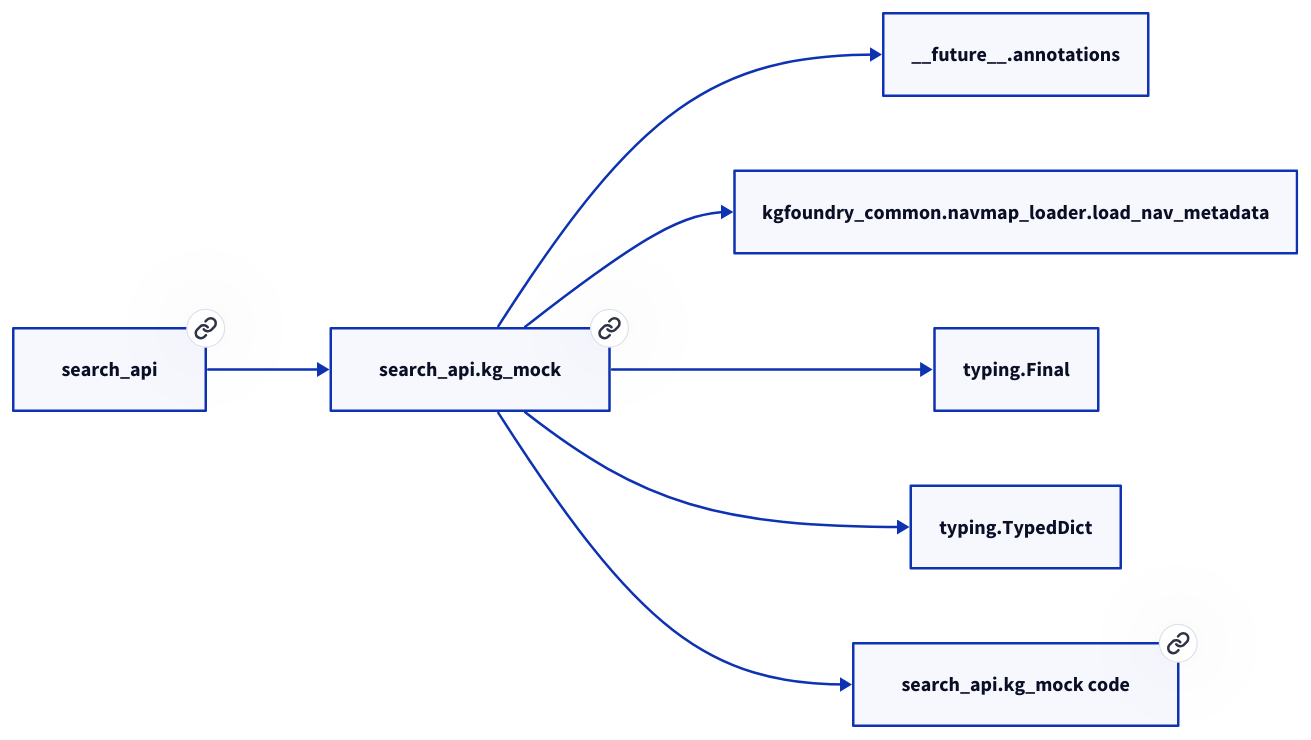
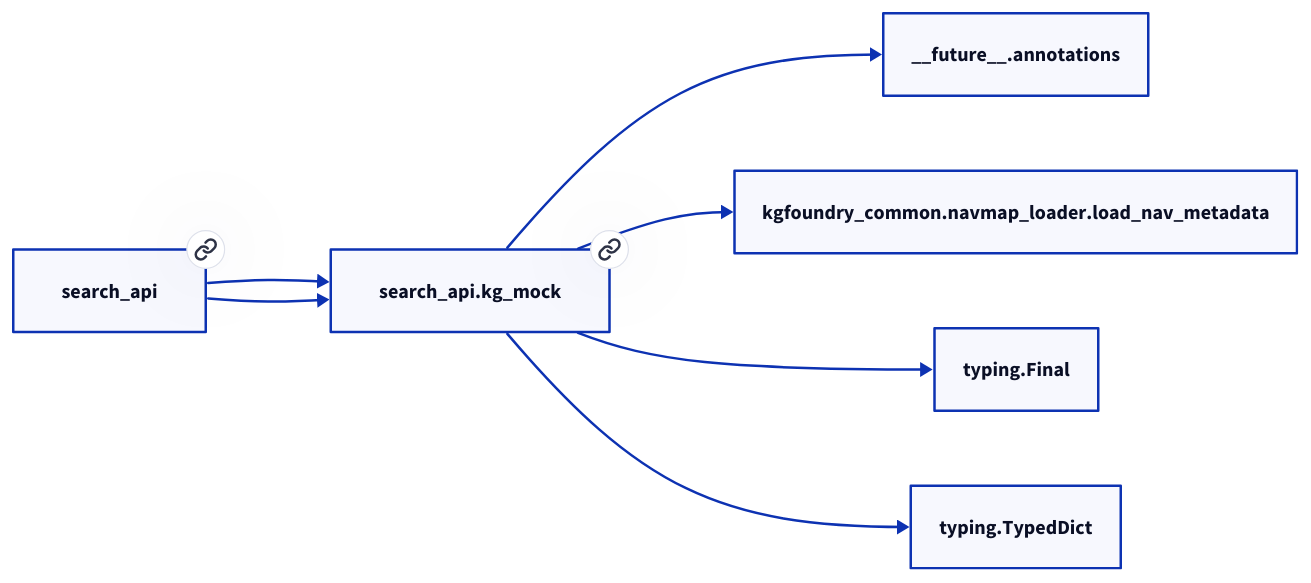
The second of 2 diagrams in docs/modules/search_api/kg_mock.md (paul-heyse/kgforge), drawn with D2 before and after one commit. The commit also changed other lines of this file and 208 other files, not shown here.

````diff
--- a/docs/modules/search_api/kg_mock.md
+++ b/docs/modules/search_api/kg_mock.md
@@ -55,16 +59,15 @@
 ```d2
 direction: right
-"search_api.kg_mock": "search_api.kg_mock" { link: "./search_api/kg_mock.md" }
+"search_api.kg_mock": "search_api.kg_mock" { link: "https://github.com/paul-heyse/kgfoundry/blob/main/src/search_api/kg_mock.py" }
 "__future__.annotations": "__future__.annotations"
 "search_api.kg_mock" -> "__future__.annotations"
 "kgfoundry_common.navmap_loader.load_nav_metadata": "kgfoundry_common.navmap_loader.load_nav_metadata"
 "search_api.kg_mock" -> "kgfoundry_common.navmap_loader.load_nav_metadata"
 "typing.Final": "typing.Final"
 "search_api.kg_mock" -> "typing.Final"
 "typing.TypedDict": "typing.TypedDict"
 "search_api.kg_mock" -> "typing.TypedDict"
-"search_api": "search_api" { link: "./search_api.md" }
+"search_api": "search_api" { link: "https://github.com/paul-heyse/kgfoundry/blob/main/src/search_api/__init__.py" }
 "search_api" -> "search_api.kg_mock"
-"search_api.kg_mock_code": "search_api.kg_mock code" { link: "https://github.com/kgfoundry/kgfoundry/blob/main/src/search_api/kg_mock.py" }
-"search_api.kg_mock" -> "search_api.kg_mock_code" { style: dashed }
+"search_api" -> "search_api.kg_mock" { style: dashed }
 ```
````
